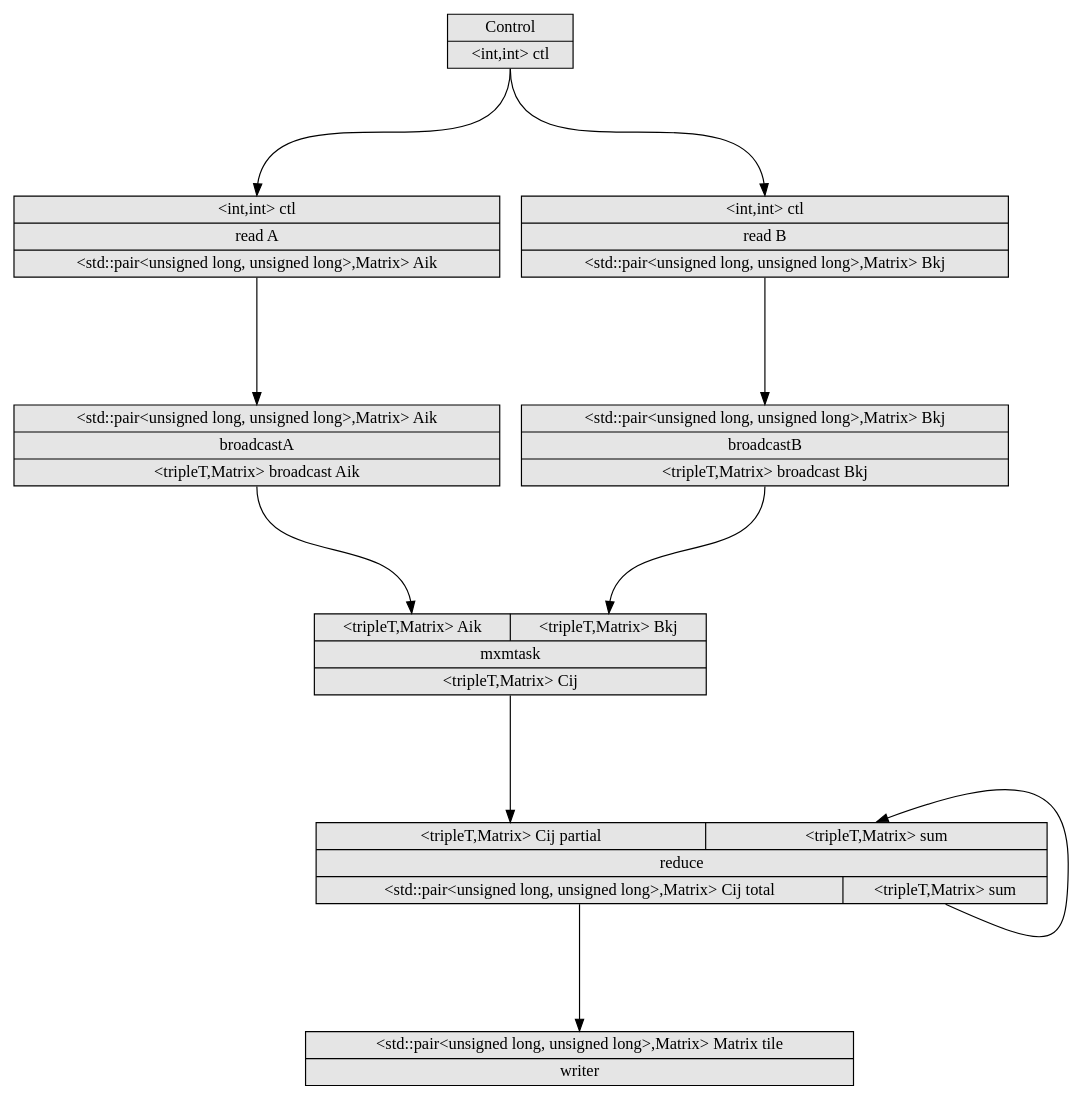
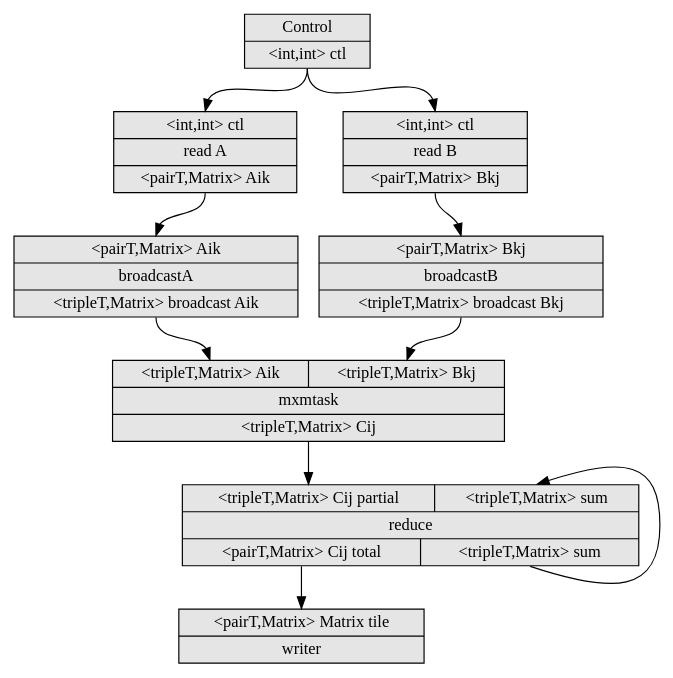
Before and after one commit to TESSEorg/ttg: the diagram in mxm_simple_suma.dot, drawn with Graphviz. The commit also changed 26 other files, not shown here.

```diff
--- a/mxm_simple_suma.dot
+++ b/mxm_simple_suma.dot
@@ -1,20 +1,19 @@
 digraph G {
-        ranksep=1.5;
         n0x7ffebd3223d0 [shape=record,style=filled,fillcolor=gray90,label="{Control  | { <out0> \<int,int\> ctl} } "];
 n0x7ffebd3223d0:out0:s -> n0x7ffebd3221a0:in0:n;
 n0x7ffebd3223d0:out0:s -> n0x7ffebd321f70:in0:n;
-        n0x7ffebd3221a0 [shape=record,style=filled,fillcolor=gray90,label="{{ <in0> \<int,int\> ctl} |read A  | { <out0> \<std::pair\<unsigned long, unsigned long\>,Matrix\> Aik} } "];
+        n0x7ffebd3221a0 [shape=record,style=filled,fillcolor=gray90,label="{{ <in0> \<int,int\> ctl} |read A  | { <out0> \<pairT,Matrix\> Aik} } "];
 n0x7ffebd3221a0:out0:s -> n0x7ffebd321458:in0:n;
-        n0x7ffebd321458 [shape=record,style=filled,fillcolor=gray90,label="{{ <in0> \<std::pair\<unsigned long, unsigned long\>,Matrix\> Aik} |broadcastA  | { <out0> \<tripleT,Matrix\> broadcast Aik} } "];
+        n0x7ffebd321458 [shape=record,style=filled,fillcolor=gray90,label="{{ <in0> \<pairT,Matrix\> Aik} |broadcastA  | { <out0> \<tripleT,Matrix\> broadcast Aik} } "];
 n0x7ffebd321458:out0:s -> n0x7ffebd3218d8:in0:n;
         n0x7ffebd3218d8 [shape=record,style=filled,fillcolor=gray90,label="{{ <in0> \<tripleT,Matrix\> Aik | <in1> \<tripleT,Matrix\> Bkj} |mxmtask  | { <out0> \<tripleT,Matrix\> Cij} } "];
 n0x7ffebd3218d8:out0:s -> n0x7ffebd321bd0:in0:n;
-        n0x7ffebd321bd0 [shape=record,style=filled,fillcolor=gray90,label="{{ <in0> \<tripleT,Matrix\> Cij partial | <in1> \<tripleT,Matrix\> sum} |reduce  | { <out0> \<std::pair\<unsigned long, unsigned long\>,Matrix\> Cij total | <out1> \<tripleT,Matrix\> sum} } "];
+        n0x7ffebd321bd0 [shape=record,style=filled,fillcolor=gray90,label="{{ <in0> \<tripleT,Matrix\> Cij partial | <in1> \<tripleT,Matrix\> sum} |reduce  | { <out0> \<pairT,Matrix\> Cij total | <out1> \<tripleT,Matrix\> sum} } "];
 n0x7ffebd321bd0:out0:s -> n0x7ffebd321260:in0:n;
 n0x7ffebd321bd0:out1:s -> n0x7ffebd321bd0:in1:n;
-        n0x7ffebd321260 [shape=record,style=filled,fillcolor=gray90,label="{{ <in0> \<std::pair\<unsigned long, unsigned long\>,Matrix\> Matrix tile} |writer  } "];
-        n0x7ffebd321f70 [shape=record,style=filled,fillcolor=gray90,label="{{ <in0> \<int,int\> ctl} |read B  | { <out0> \<std::pair\<unsigned long, unsigned long\>,Matrix\> Bkj} } "];
+        n0x7ffebd321260 [shape=record,style=filled,fillcolor=gray90,label="{{ <in0> \<pairT,Matrix\> Matrix tile} |writer  } "];
+        n0x7ffebd321f70 [shape=record,style=filled,fillcolor=gray90,label="{{ <in0> \<int,int\> ctl} |read B  | { <out0> \<pairT,Matrix\> Bkj} } "];
 n0x7ffebd321f70:out0:s -> n0x7ffebd321698:in0:n;
-        n0x7ffebd321698 [shape=record,style=filled,fillcolor=gray90,label="{{ <in0> \<std::pair\<unsigned long, unsigned long\>,Matrix\> Bkj} |broadcastB  | { <out0> \<tripleT,Matrix\> broadcast Bkj} } "];
+        n0x7ffebd321698 [shape=record,style=filled,fillcolor=gray90,label="{{ <in0> \<pairT,Matrix\> Bkj} |broadcastB  | { <out0> \<tripleT,Matrix\> broadcast Bkj} } "];
 n0x7ffebd321698:out0:s -> n0x7ffebd3218d8:in1:n;
 }
```
